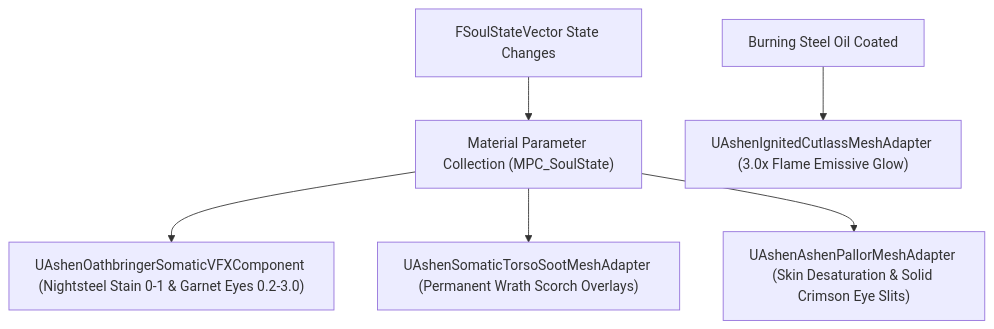
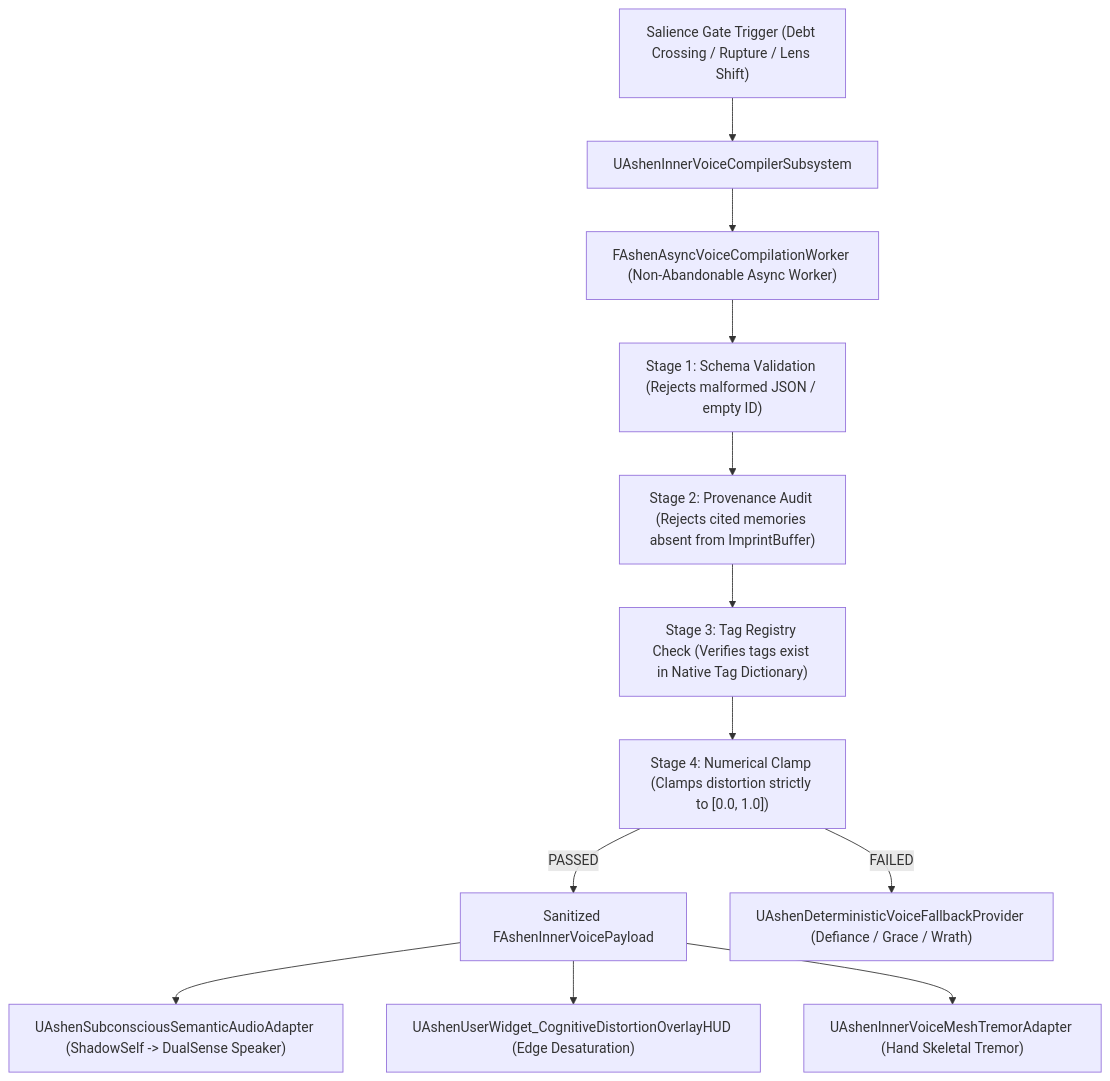
One commit to Icebane84/Ashen-Oath changed the fifth of 6 diagrams in Docs/MASTER_ARCHITECTURE_ATLAS.md. Above: the diagram before and after it, drawn with Mermaid. The commit also changed other lines of this file, not shown here.

Commit message:
docs(atlas): Update Master Architecture Atlas diagrams to Milestone 2,295 (Master Batches #111-#114)

````diff
--- a/Docs/MASTER_ARCHITECTURE_ATLAS.md
+++ b/Docs/MASTER_ARCHITECTURE_ATLAS.md
@@ -207,10 +197,17 @@
 ```mermaid
 graph TD
-    SSV_BROADCAST["FSoulStateVector State Changes"] --> MPC["Material Parameter Collection (MPC_SoulState)"]
+    INGEST["Salience Gate Trigger (Debt Crossing / Rupture / Lens Shift)"] --> IVC_SUB["UAshenInnerVoiceCompilerSubsystem"]
+    IVC_SUB --> WORKER["FAshenAsyncVoiceCompilationWorker (Non-Abandonable Async Worker)"]
     
-    MPC --> OATH_VFX["UAshenOathbringerSomaticVFXComponent (Nightsteel Stain 0-1 & Garnet Eyes 0.2-3.0)"]
-    MPC --> SOOT_MESH["UAshenSomaticTorsoSootMeshAdapter (Permanent Wrath Scorch Overlays)"]
-    MPC --> PALLOR_MESH["UAshenAshenPallorMeshAdapter (Skin Desaturation & Solid Crimson Eye Slits)"]
+    WORKER --> STAGE1["Stage 1: Schema Validation (Rejects malformed JSON / empty ID)"]
+    STAGE1 --> STAGE2["Stage 2: Provenance Audit (Rejects cited memories absent from ImprintBuffer)"]
+    STAGE2 --> STAGE3["Stage 3: Tag Registry Check (Verifies tags exist in Native Tag Dictionary)"]
+    STAGE3 --> STAGE4["Stage 4: Numerical Clamp (Clamps distortion strictly to [0.0, 1.0])"]
     
-    ALCH_COAT["Burning Steel Oil Coated"] --> CUTLASS_MESH["UAshenIgnitedCutlassMeshAdapter (3.0x Flame Emissive Glow)"]
+    STAGE4 -->|PASSED| SANITIZED["Sanitized FAshenInnerVoicePayload"]
+    STAGE4 -->|FAILED| FALLBACK["UAshenDeterministicVoiceFallbackProvider (Defiance / Grace / Wrath)"]
+    
+    SANITIZED --> AUDIO_DISP["UAshenSubconsciousSemanticAudioAdapter (ShadowSelf -> DualSense Speaker)"]
+    SANITIZED --> HUD_DIST["UAshenUserWidget_CognitiveDistortionOverlayHUD (Edge Desaturation)"]
+    SANITIZED --> MESH_TREM["UAshenInnerVoiceMeshTremorAdapter (Hand Skeletal Tremor)"]
 ```
````
